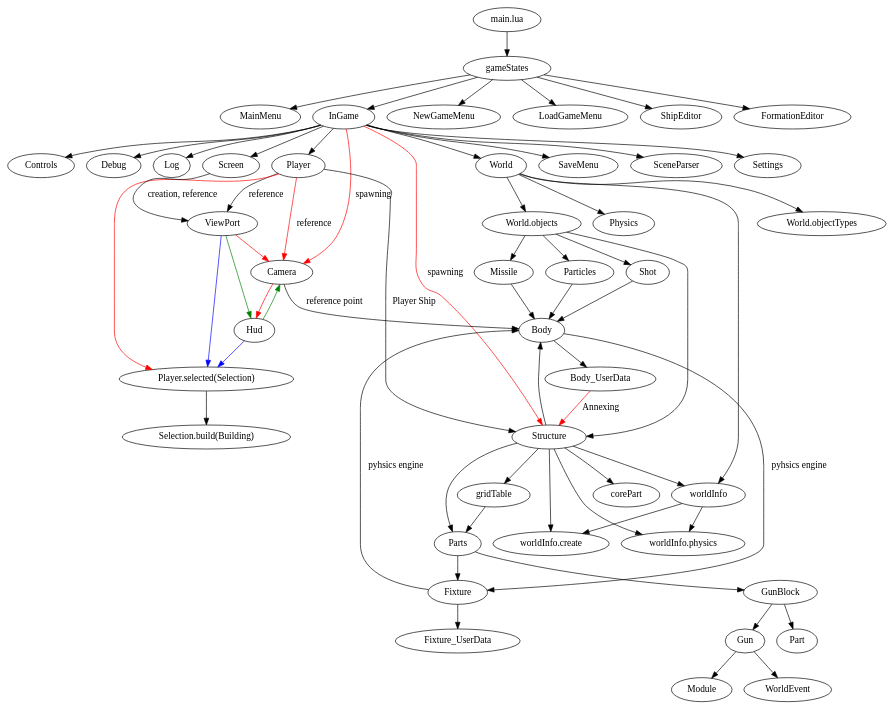
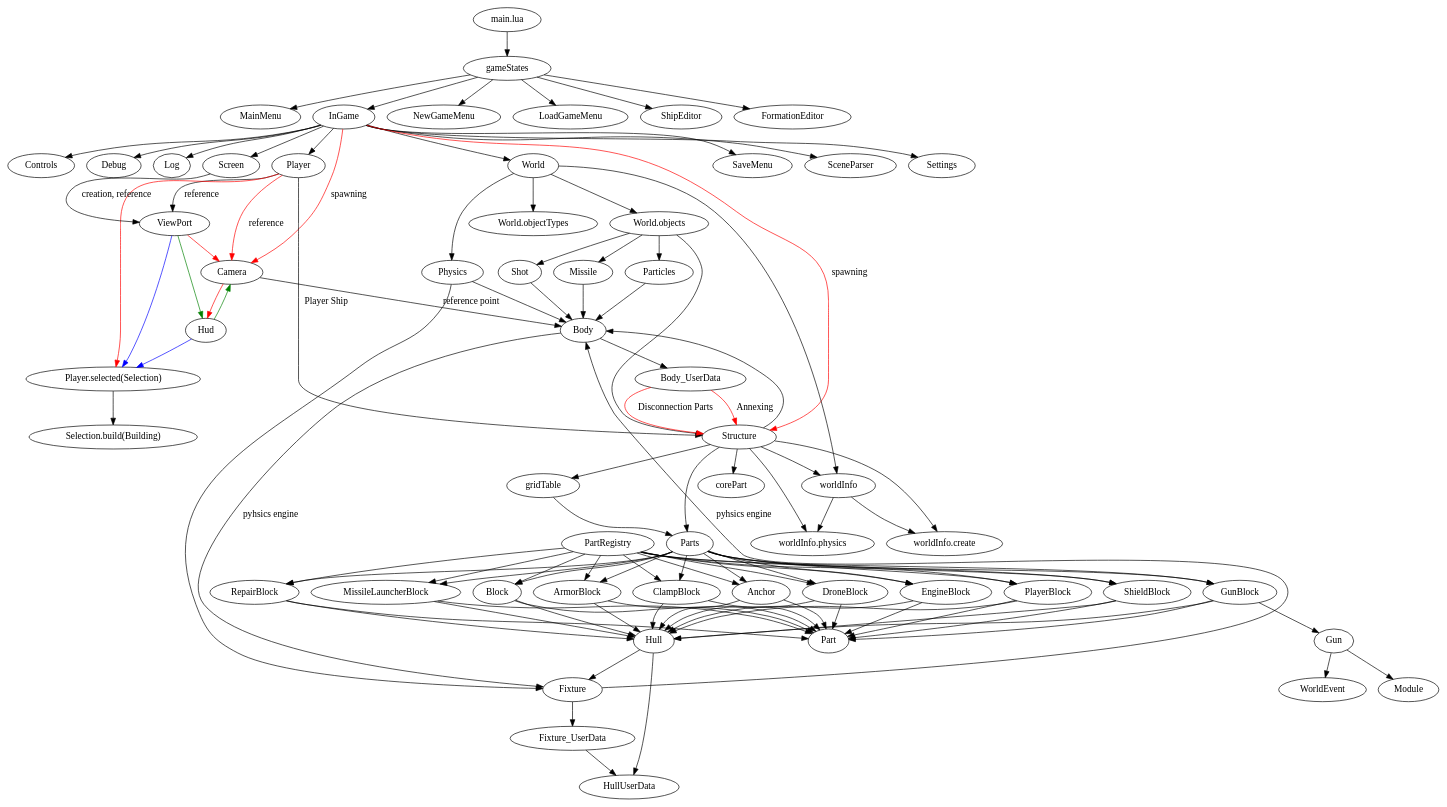
One commit to synthein/synthein changed the diagram in docs/data_tree.dot. Above: the diagram before and after it, drawn with Graphviz.

Commit message:
Add more part related nodes to the data tree

```diff
--- a/docs/data_tree.dot
+++ b/docs/data_tree.dot
@@ -1,98 +1,160 @@
 digraph {
 	main [label = "main.lua"]
 	main -> gameStates
 	
 	gameStates -> MainMenu
 	gameStates -> InGame
 	gameStates -> NewGameMenu
 	gameStates -> LoadGameMenu
 	gameStates -> ShipEditor
 	gameStates -> FormationEditor
 
 	InGame -> Controls
 	InGame -> Debug
 	InGame -> Log
 	InGame -> Player
 	InGame -> SaveMenu
 	InGame -> SceneParser
 	InGame -> Screen
 	InGame -> Settings
 	InGame -> World
 	InGame -> Camera [label = "spawning" color="red"]
 	InGame -> Structure [label = "spawning" color="red"]
 	
 	
 	Player -> ViewPort [label = "reference"]
 	Player -> Camera [label = "reference" color="red"]
 	Player -> Player_selected [color="red"]
 	Player -> Structure [label = "Player Ship"]
 	
 	Player_selected [label = "Player.selected(Selection)"]
 	Player_selected -> Selection_build
 	
 	Selection_build [label = "Selection.build(Building)"]
 	
 	Screen -> ViewPort [label = "creation, reference"]
 	
 	ViewPort -> Hud [color="green"]
 	ViewPort -> Camera [color="red"]
 	ViewPort -> Player_selected [color="blue"]
 	
 	Hud -> Camera [color="green"]
 	Hud -> Player_selected [color="blue"]
 	
 	Camera -> Hud [color="red"]
 	Camera -> Body [label="reference point"]
 	
 	World -> World_objectTypes
 	World -> World_objects
 	World -> Physics
 	World -> worldInfo
 	
 	worldInfo -> worldInfo_physics
 	worldInfo -> worldInfo_create
 	
 	worldInfo_physics [label="worldInfo.physics"]
 	worldInfo_create [label="worldInfo.create"]
 	
 	World_objectTypes [label = "World.objectTypes"]
 	
 	World_objects [label = "World.objects"]
 	World_objects -> Structure
 	World_objects -> Shot
 	World_objects -> Missile
 	World_objects -> Particles
 	
 	Structure
 	Structure -> worldInfo
 	Structure -> worldInfo_physics
 	Structure -> worldInfo_create
 	Structure -> corePart
 	Structure -> gridTable
 	Structure -> Body
 	Structure -> Parts
 	
 	gridTable -> Parts
 	
-	Parts -> Fixture
+	PartRegistry -> Block
+	PartRegistry -> EngineBlock
+	PartRegistry -> GunBlock
+	PartRegistry -> DroneBlock
+	PartRegistry -> PlayerBlock
+	PartRegistry -> Anchor
+	PartRegistry -> ArmorBlock
+	PartRegistry -> ShieldBlock
+	PartRegistry -> RepairBlock
+	PartRegistry -> MissileLauncherBlock
+	PartRegistry -> ClampBlock
+	
+	Parts -> Block
+	Parts -> EngineBlock
 	Parts -> GunBlock
+	Parts -> DroneBlock
+	Parts -> PlayerBlock
+	Parts -> Anchor
+	Parts -> ArmorBlock
+	Parts -> ShieldBlock
+	Parts -> RepairBlock
+	Parts -> MissileLauncherBlock
+	Parts -> ClampBlock
+	
+	Block -> Part
+	Block -> Hull
+	
+	EngineBlock -> Part
+	EngineBlock -> Hull
 	
 	GunBlock -> Part
+	GunBlock -> Hull
 	GunBlock -> Gun
 	
 	Gun -> Module
 	Gun -> WorldEvent
 	
+	DroneBlock -> Part
+	DroneBlock -> Hull
+	
+	PlayerBlock -> Part
+	PlayerBlock -> Hull
+	
+	Anchor -> Part
+	Anchor -> Hull
+	
+	ArmorBlock -> Part
+	ArmorBlock -> Hull
+	
+	ShieldBlock -> Part
+	ShieldBlock -> Hull
+	
+	RepairBlock -> Part
+	RepairBlock -> Hull
+	
+	MissileLauncherBlock -> Part 
+	MissileLauncherBlock -> Hull
+	
+	ClampBlock -> Part
+	ClampBlock -> Hull
+	
+	Hull -> Fixture
+	Hull -> HullUserData
+	
 	Shot -> Body
 	Missile -> Body
 	Particles -> Body
+	
+	Physics -> Body
+	Physics -> Fixture
 	
 	Body -> Fixture [label = "pyhsics engine"]
 	Body -> Body_UserData
 	
 	Body_UserData -> Structure [label = "Annexing" color="red"]
+	Body_UserData -> Structure [label = "Disconnection Parts" color="red"]
 
 	Fixture -> Body [label = "pyhsics engine"]
 	Fixture -> Fixture_UserData
 	
+	Fixture_UserData -> HullUserData
+	
+	
 }
```
